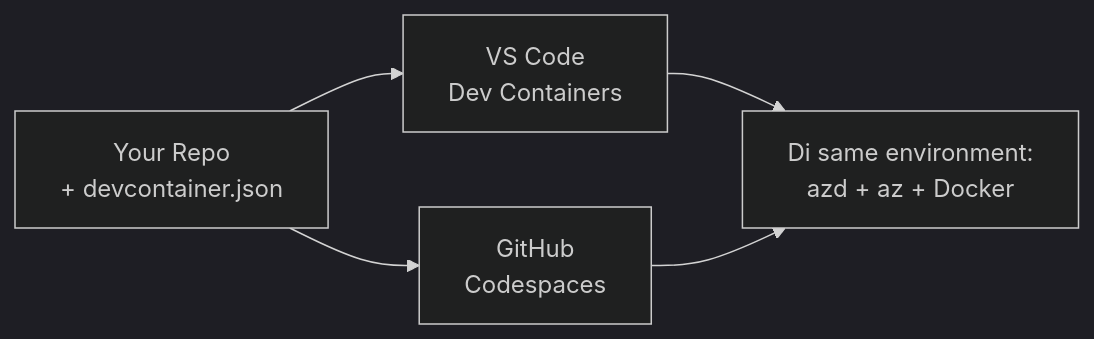
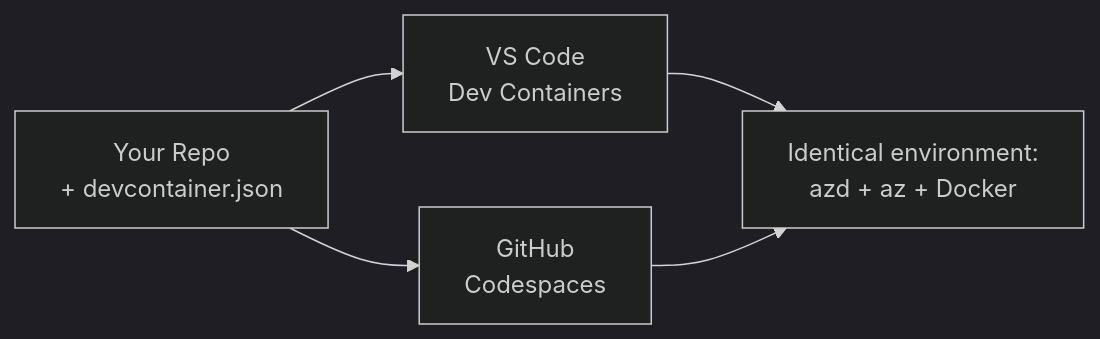
Before and after one commit to microsoft/AZD-for-beginners: the diagram in translations/pcm/docs/chapter-01-foundation/dev-containers.md, drawn with Mermaid (dark theme). The commit also changed other lines of this file and 61 other files, not shown here.

````diff
--- a/translations/pcm/docs/chapter-01-foundation/dev-containers.md
+++ b/translations/pcm/docs/chapter-01-foundation/dev-containers.md
@@ -41,7 +41,7 @@
 ```mermaid
 graph LR
     Repo[Your Repo<br/>+ devcontainer.json] --> VSCode[VS Code<br/>Dev Containers]
     Repo --> Codespaces[GitHub<br/>Codespaces]
-    VSCode --> Env[Di same environment:<br/>azd + az + Docker]
+    VSCode --> Env[Identical environment:<br/>azd + az + Docker]
     Codespaces --> Env
 ```
````
